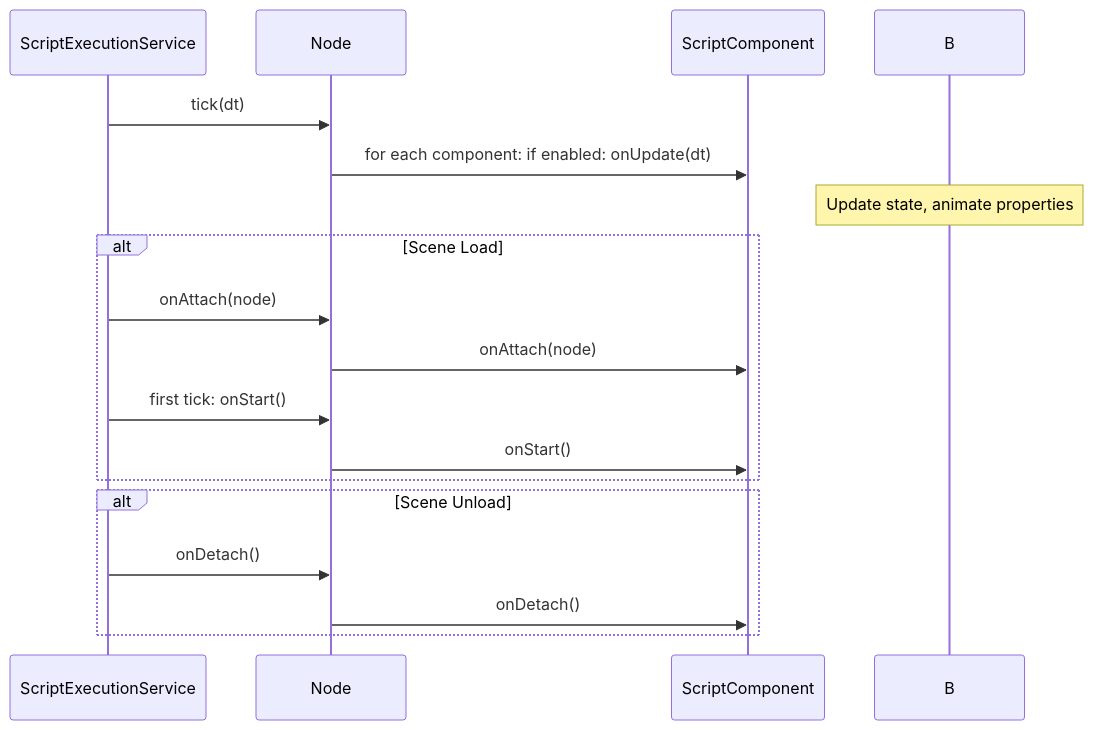
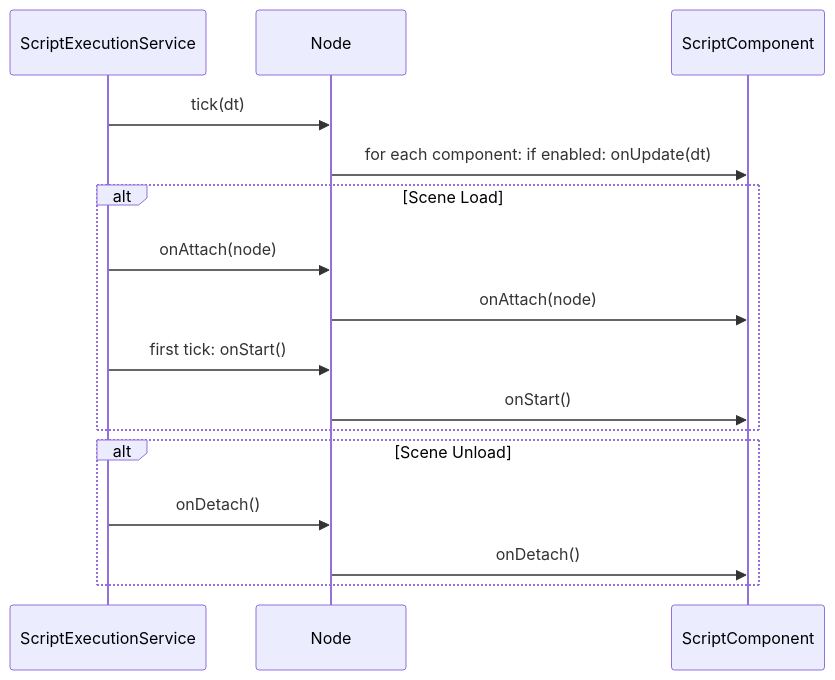
Before and after one commit to pix3dev/pix3-core: the fourth of 7 diagrams in docs/architecture.md, drawn with Mermaid. The commit also changed other lines of this file and 8 other files, not shown here.

````diff
--- a/docs/architecture.md
+++ b/docs/architecture.md
@@ -460,22 +242,21 @@
 ```mermaid
 sequenceDiagram
   participant S as ScriptExecutionService
   participant N as Node
   participant C as ScriptComponent
 
   S->>N: tick(dt)
   N->>C: for each component: if enabled: onUpdate(dt)
-  Note over B: Update state, animate properties
 
   alt Scene Load
     S->>N: onAttach(node)
     N->>C: onAttach(node)
     S->>N: first tick: onStart()
     N->>C: onStart()
   end
 
   alt Scene Unload
     S->>N: onDetach()
     N->>C: onDetach()
   end
 ```
````
